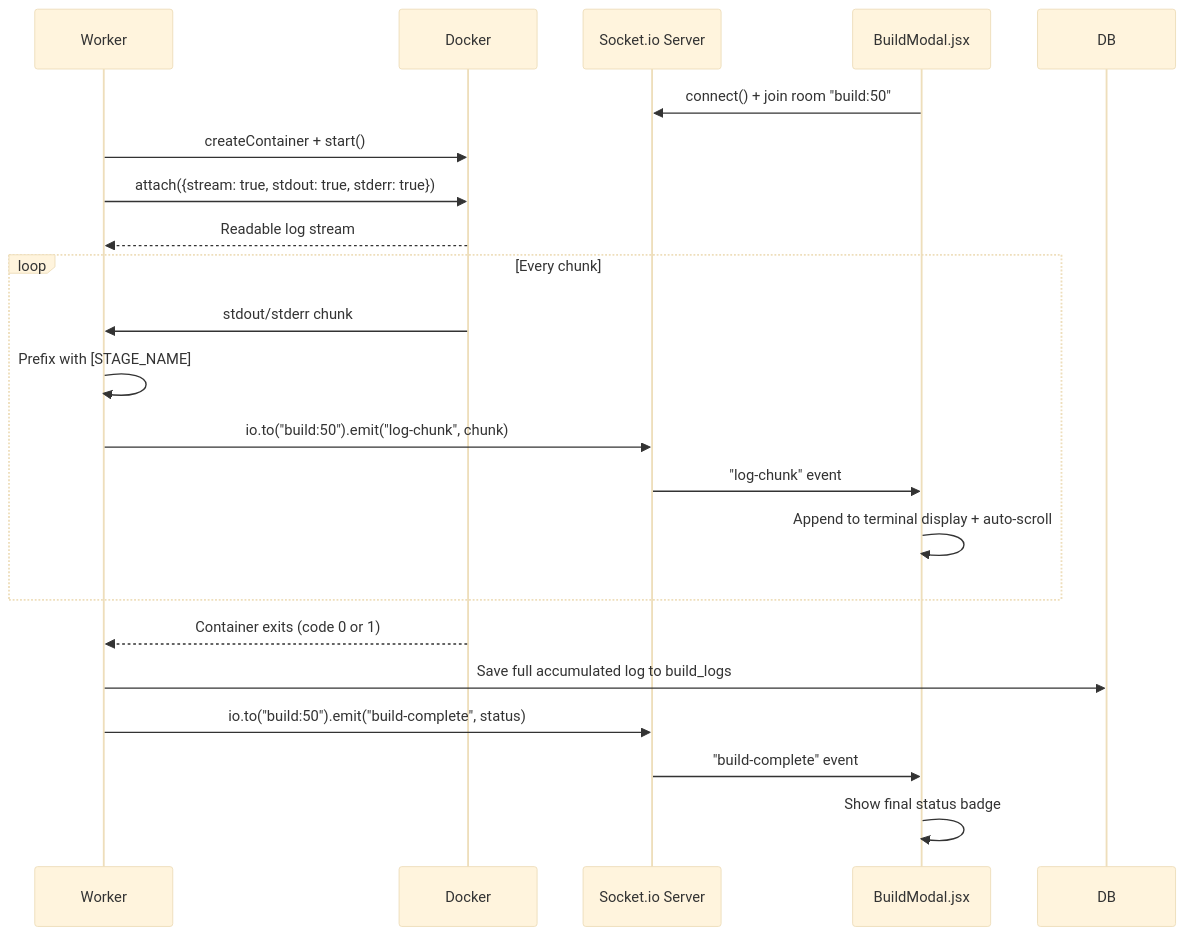
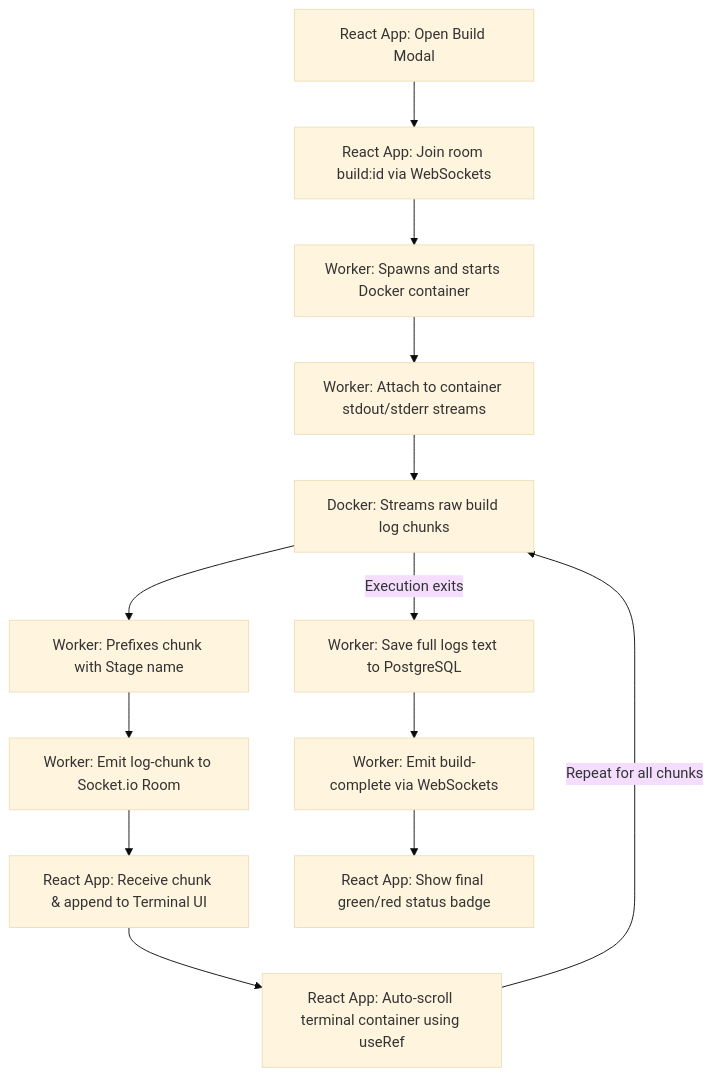
Before and after one commit to AmanKashyapp07/MagnusCI: the fourth of 5 diagrams in interview/file_structure.md, drawn with Mermaid (base theme). The commit also changed other lines of this file and 8 other files, not shown here.

````diff
--- a/interview/file_structure.md
+++ b/interview/file_structure.md
@@ -449,24 +436,15 @@
 ```mermaid
-sequenceDiagram
-    participant Worker
-    participant Docker
-    participant SocketIO as Socket.io Server
-    participant FE as BuildModal.jsx
-
-    FE->>SocketIO: connect() + join room "build:50"
-    Worker->>Docker: createContainer + start()
-    Worker->>Docker: attach({stream: true, stdout: true, stderr: true})
-    Docker-->>Worker: Readable log stream
-    loop Every chunk
-        Docker->>Worker: stdout/stderr chunk
-        Worker->>Worker: Prefix with [STAGE_NAME]
-        Worker->>SocketIO: io.to("build:50").emit("log-chunk", chunk)
-        SocketIO->>FE: "log-chunk" event
-        FE->>FE: Append to terminal display + auto-scroll
-    end
-    Docker-->>Worker: Container exits (code 0 or 1)
-    Worker->>DB: Save full accumulated log to build_logs
-    Worker->>SocketIO: io.to("build:50").emit("build-complete", status)
-    SocketIO->>FE: "build-complete" event
-    FE->>FE: Show final status badge
+flowchart TD
+    A[React App: Open Build Modal] --> B[React App: Join room build:id via WebSockets]
+    B --> C[Worker: Spawns and starts Docker container]
+    C --> D[Worker: Attach to container stdout/stderr streams]
+    D --> E[Docker: Streams raw build log chunks]
+    E --> F[Worker: Prefixes chunk with Stage name]
+    F --> G[Worker: Emit log-chunk to Socket.io Room]
+    G --> H[React App: Receive chunk & append to Terminal UI]
+    H --> I[React App: Auto-scroll terminal container using useRef]
+    I -->|Repeat for all chunks| E
+    E -->|Execution exits| J[Worker: Save full logs text to PostgreSQL]
+    J --> K[Worker: Emit build-complete via WebSockets]
+    K --> L[React App: Show final green/red status badge]
 ```
````
